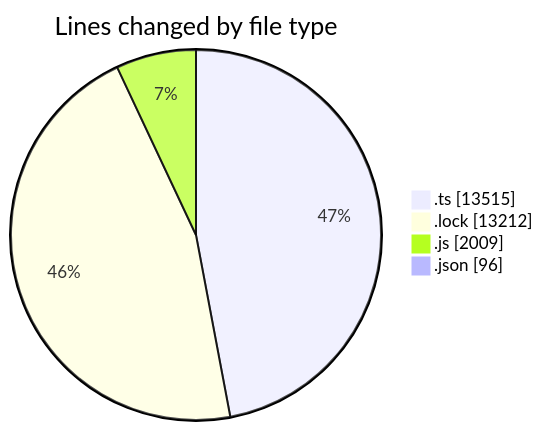
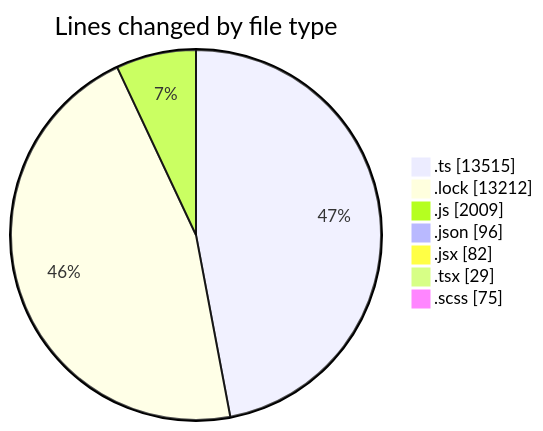
One commit to momahboobian/code-tracking changed the first of 2 diagrams in 2025-05-16/cda/README.md. Above: the diagram before and after it, drawn with Mermaid. The commit also changed other lines of this file and 1 other file, not shown here.

````diff
--- a/2025-05-16/cda/README.md
+++ b/2025-05-16/cda/README.md
@@ -30,8 +34,11 @@
 ```mermaid
 pie showData
 title Lines changed by file type
 ".ts" : 13515
 ".lock" : 13212
 ".js" : 2009
 ".json" : 96
+".jsx" : 82
+".tsx" : 29
+".scss" : 75
 ```
````
